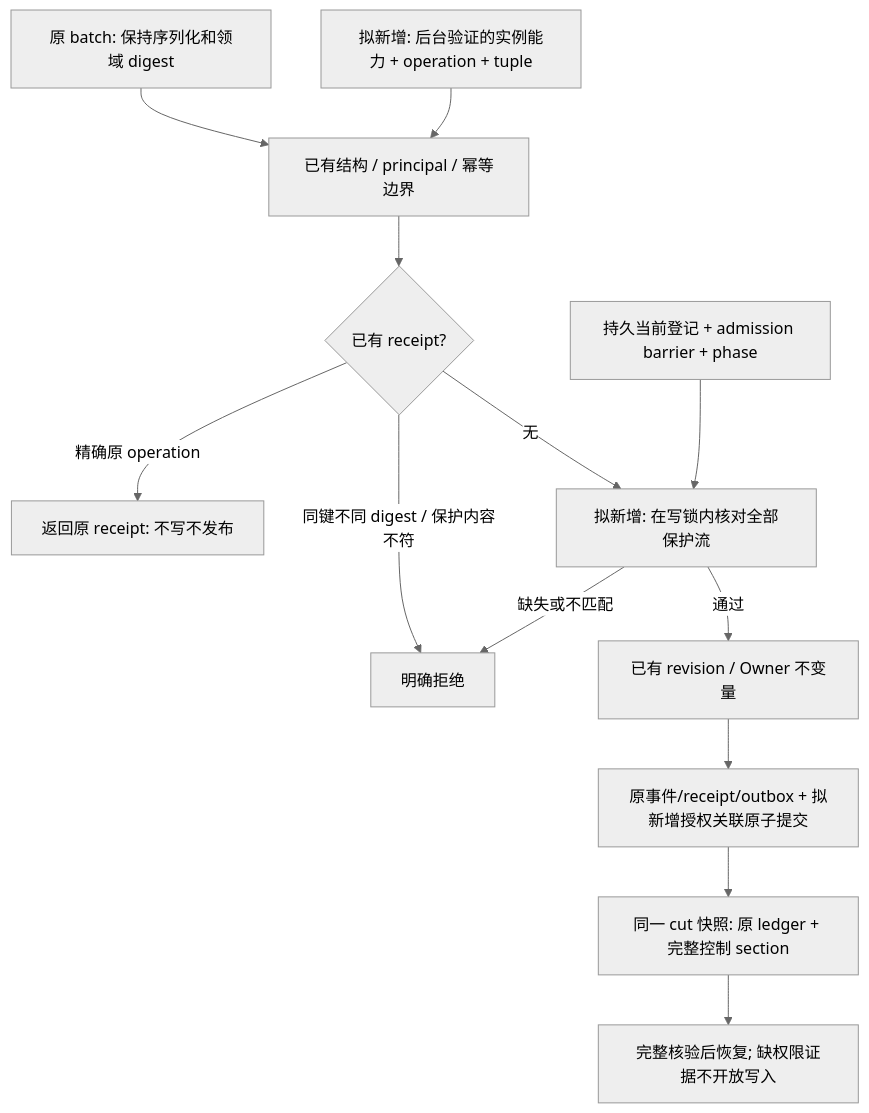
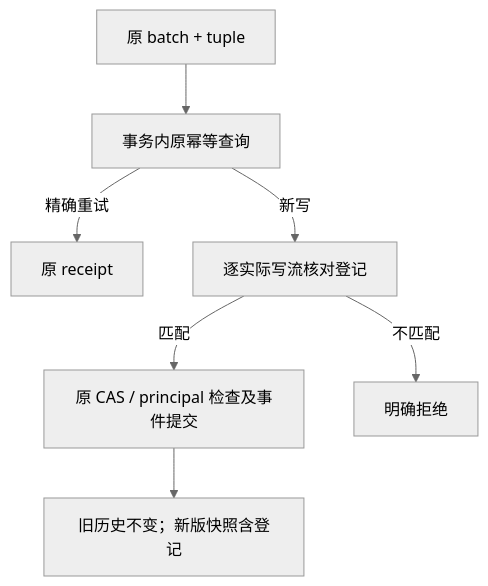
The third of 3 diagrams in docs/verification/g2-visibility-budget/epoch-design.md (Dancing-coin/Paralls-phase0-1), drawn with Mermaid (neutral theme) before and after one commit. The commit also changed other lines of this file, not shown here.

````diff
--- a/docs/verification/g2-visibility-budget/epoch-design.md
+++ b/docs/verification/g2-visibility-budget/epoch-design.md
@@ -231,15 +97,9 @@
 ```mermaid
 flowchart TD
-    B[原 batch: 保持序列化和领域 digest] --> V[已有结构 / principal / 幂等边界]
-    I[拟新增: 后台验证的实例能力 + operation + tuple] --> V
-    V --> Q{已有 receipt?}
-    Q -->|精确原 operation| P[返回原 receipt: 不写不发布]
-    Q -->|同键不同 digest / 保护内容不符| F[明确拒绝]
-    Q -->|无| G[拟新增: 在写锁内核对全部保护流]
-    R[持久当前登记 + admission barrier + phase] --> G
-    G -->|通过| CAS[已有 revision / Owner 不变量]
-    G -->|缺失或不匹配| F
-    CAS --> TX[原事件/receipt/outbox + 拟新增授权关联原子提交]
-    TX --> SS[同一 cut 快照: 原 ledger + 完整控制 section]
-    SS --> RE[完整核验后恢复; 缺权限证据不开放写入]
+    I[原 batch + tuple] --> K[事务内原幂等查询]
+    K -->|精确重试| O[原 receipt]
+    K -->|新写| G[逐实际写流核对登记]
+    G -->|匹配| C[原 CAS / principal 检查及事件提交]
+    G -->|不匹配| E[明确拒绝]
+    C --> X[旧历史不变；新版快照含登记]
 ```
````
